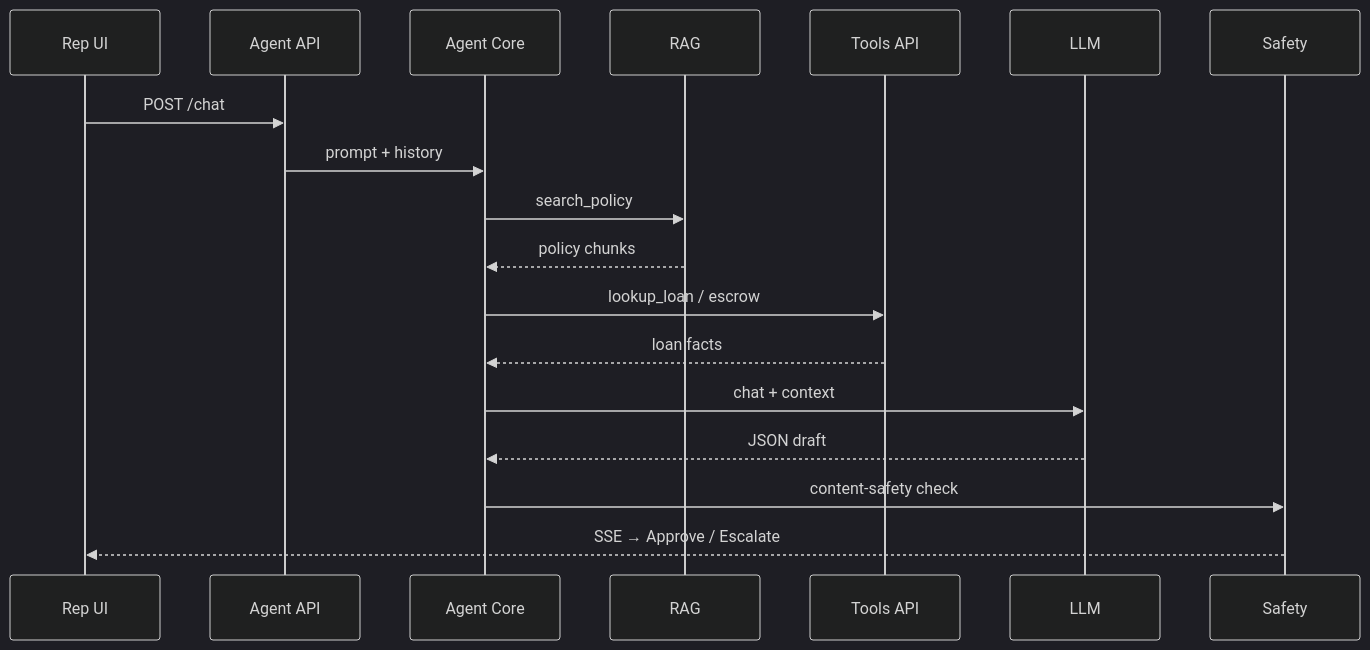
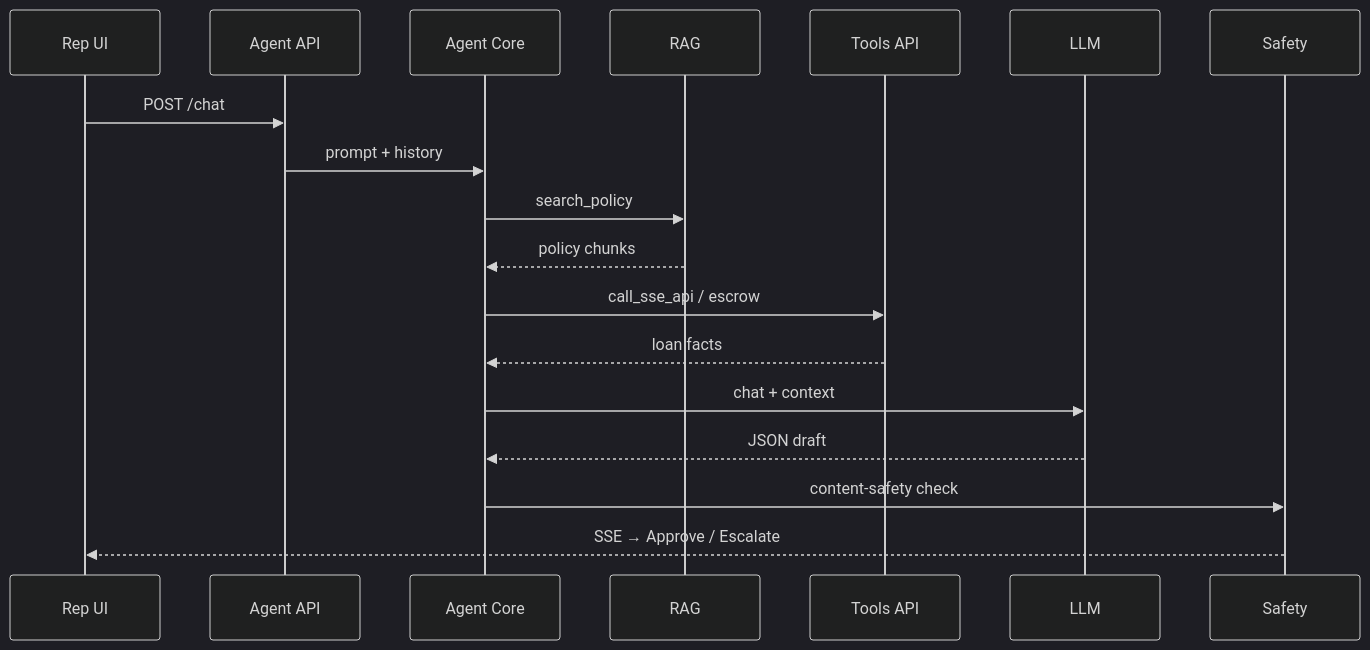
Before and after one commit to mohit-bohra-dev/LoanOps-Agent: the second of 5 diagrams in presentations/demo-pitch/slides.md, drawn with Mermaid (dark theme). The commit also changed other lines of this file and 28 other files, not shown here.

First line of the commit message:
chore: remove tools_api; document SSE-only answer path

````diff
--- a/presentations/demo-pitch/slides.md
+++ b/presentations/demo-pitch/slides.md
@@ -146,21 +146,21 @@
 ```mermaid
 sequenceDiagram
     participant R as Rep UI
     participant A as Agent API
     participant C as Agent Core
     participant V as RAG
     participant T as Tools API
     participant L as LLM
     participant S as Safety
 
     R->>A: POST /chat
     A->>C: prompt + history
     C->>V: search_policy
     V-->>C: policy chunks
-    C->>T: lookup_loan / escrow
+    C->>T: call_sse_api / escrow
     T-->>C: loan facts
     C->>L: chat + context
     L-->>C: JSON draft
     C->>S: content-safety check
     S-->>R: SSE → Approve / Escalate
 ```
````
